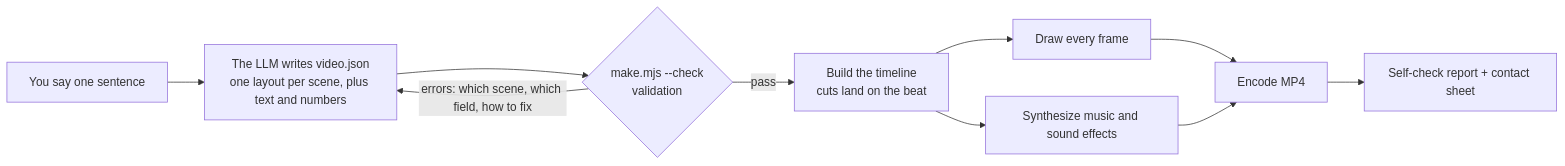
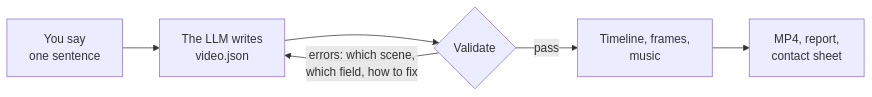
The diagram in README.en.md (li2092/one-prompt-video), drawn with Mermaid before and after one commit. The commit also changed other lines of this file and 1 other file, not shown here.

Commit message:
docs: simplify the flow diagram so it stays readable on GitHub; step labels become headings

````diff
--- a/README.en.md
+++ b/README.en.md
@@ -66,12 +66,8 @@
 ```mermaid
 flowchart LR
-    A["You say one sentence"] --> B["The LLM writes video.json<br/>one layout per scene, plus text and numbers"]
-    B --> C{"make.mjs --check<br/>validation"}
-    C -- "errors: which scene, which field, how to fix" --> B
-    C -- pass --> D["Build the timeline<br/>cuts land on the beat"]
-    D --> E["Draw every frame"]
-    D --> F["Synthesize music and sound effects"]
-    E --> G["Encode MP4"]
-    F --> G
-    G --> H["Self-check report + contact sheet"]
+    A["You say<br/>one sentence"] --> B["The LLM writes<br/>video.json"]
+    B --> C{"Validate"}
+    C -- "errors: which scene,<br/>which field, how to fix" --> B
+    C -- pass --> D["Timeline, frames,<br/>music"]
+    D --> E["MP4, report,<br/>contact sheet"]
 ```
````
